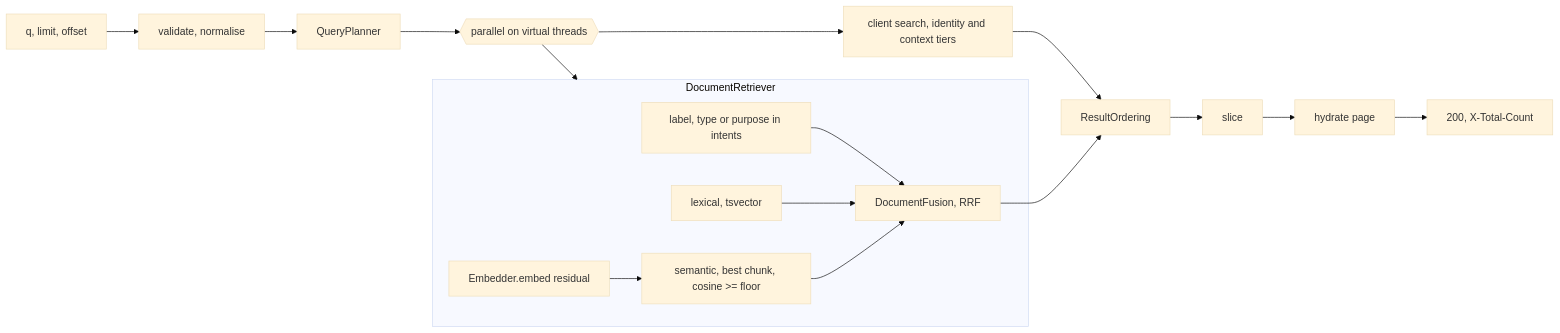
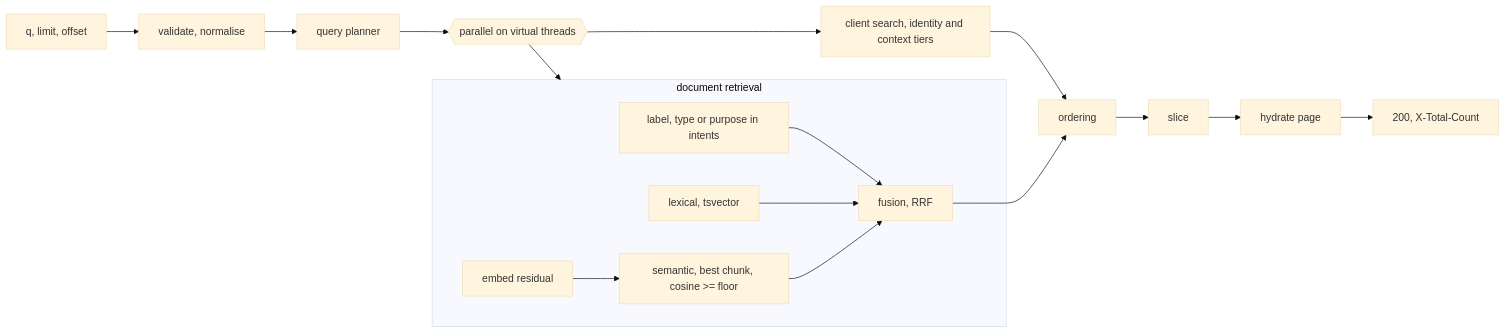
The second of 2 diagrams in docs/system-design.md (TsybulskyStepan/unified-search), drawn with Mermaid (base theme) before and after one commit. The commit also changed other lines of this file and 2 other files, not shown here.

````diff
--- a/docs/system-design.md
+++ b/docs/system-design.md
@@ -422,14 +213,14 @@
 ```mermaid
 flowchart LR
-    Q["q, limit, offset"] --> V["validate, normalise"] --> P["QueryPlanner"]
+    Q["q, limit, offset"] --> V["validate, normalise"] --> P["query planner"]
     P --> PAR{{"parallel on virtual threads"}}
     PAR --> CR["client search, identity and context tiers"]
     PAR --> DR
-    subgraph DR["DocumentRetriever"]
+    subgraph DR["document retrieval"]
         LB["label, type or purpose in intents"]
         LX["lexical, tsvector"]
-        EQ["Embedder.embed residual"] --> SM["semantic, best chunk, cosine >= floor"]
-        LB & LX & SM --> FU["DocumentFusion, RRF"]
+        EQ["embed residual"] --> SM["semantic, best chunk, cosine >= floor"]
+        LB & LX & SM --> FU["fusion, RRF"]
     end
-    CR & FU --> ORD["ResultOrdering"] --> SL["slice"] --> HY["hydrate page"] --> R["200, X-Total-Count"]
+    CR & FU --> ORD["ordering"] --> SL["slice"] --> HY["hydrate page"] --> R["200, X-Total-Count"]
 ```
````
